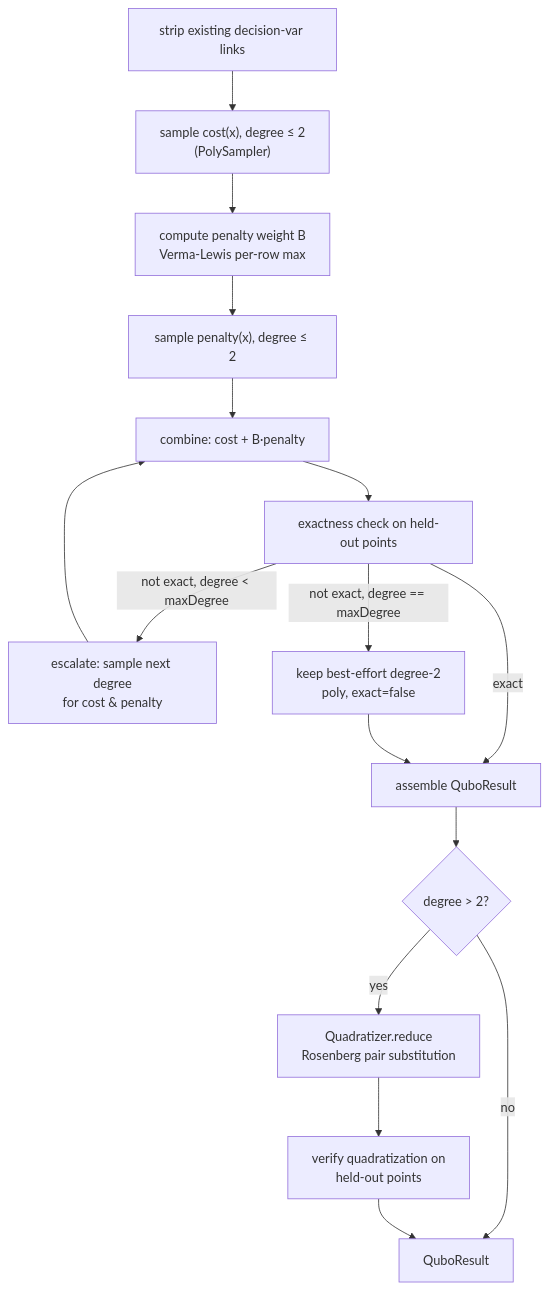
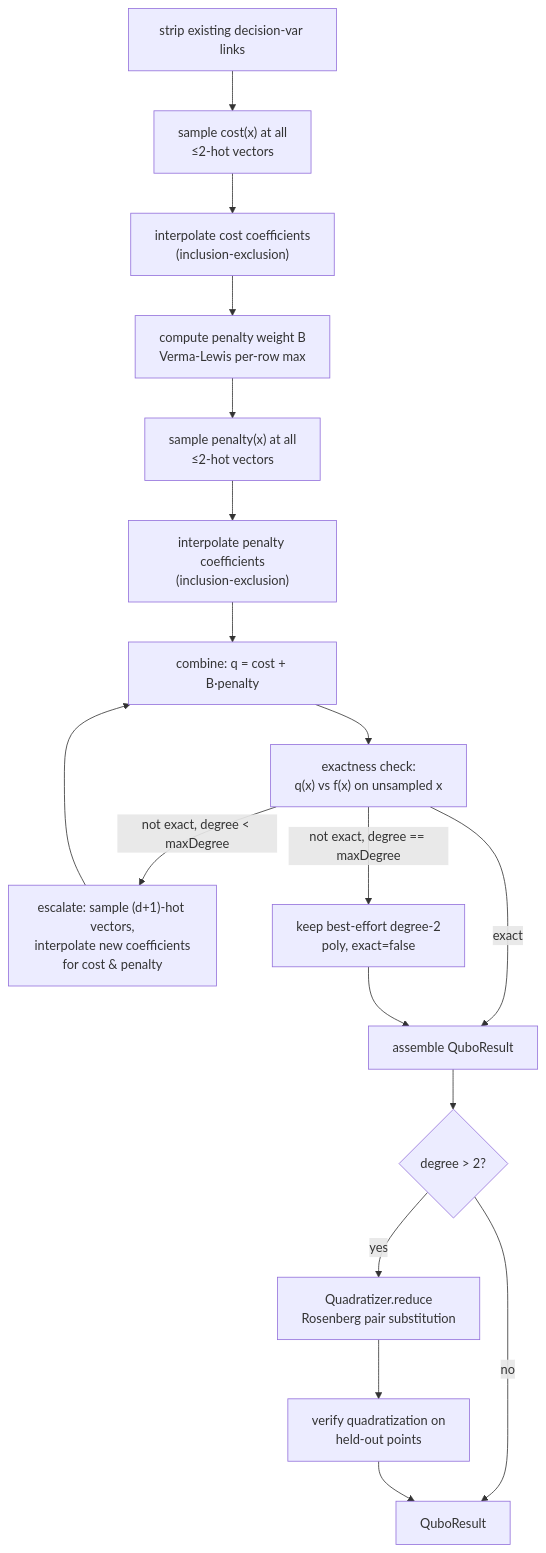
Before and after one commit to JoaoAlmeida-dev/Use2Qubo: the diagram in src/main/java/org/tzi/use/plugin/use2qubo/qubo/README.md, drawn with Mermaid. The commit also changed other lines of this file and 5 other files, not shown here.

````diff
--- a/src/main/java/org/tzi/use/plugin/use2qubo/qubo/README.md
+++ b/src/main/java/org/tzi/use/plugin/use2qubo/qubo/README.md
@@ -31,18 +53,20 @@
 ```mermaid
 flowchart TD
-    A[strip existing decision-var links] --> B["sample cost(x), degree ≤ 2\n(PolySampler)"]
-    B --> C[compute penalty weight B\nVerma-Lewis per-row max]
-    C --> D["sample penalty(x), degree ≤ 2"]
-    D --> E["combine: cost + B·penalty"]
-    E --> F[exactness check on held-out points]
+    A[strip existing decision-var links] --> B["sample cost(x) at all\n≤2-hot vectors"]
+    B --> B2["interpolate cost coefficients\n(inclusion-exclusion)"]
+    B2 --> C[compute penalty weight B\nVerma-Lewis per-row max]
+    C --> D["sample penalty(x) at all\n≤2-hot vectors"]
+    D --> D2["interpolate penalty coefficients\n(inclusion-exclusion)"]
+    D2 --> E["combine: q = cost + B·penalty"]
+    E --> F["exactness check:\nq(x) vs f(x) on unsampled x"]
     F -->|exact| G[assemble QuboResult]
-    F -->|not exact, degree < maxDegree| H[escalate: sample next degree\nfor cost & penalty]
+    F -->|not exact, degree < maxDegree| H["escalate: sample (d+1)-hot vectors,\ninterpolate new coefficients\nfor cost & penalty"]
     H --> E
     F -->|not exact, degree == maxDegree| I[keep best-effort degree-2\npoly, exact=false]
     G --> J{degree > 2?}
     I --> G
     J -->|yes| K["Quadratizer.reduce\nRosenberg pair substitution"]
     J -->|no| L[QuboResult]
     K --> M[verify quadratization on\nheld-out points]
     M --> L
 ```
````
